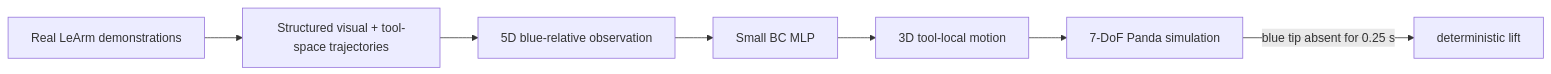
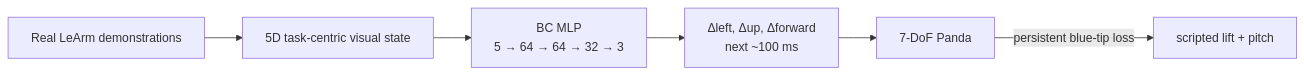
The diagram in README.md (fBlurryface/test-project), drawn with Mermaid before and after one commit. The commit also changed other lines of this file and 27 other files, not shown here.

````diff
--- a/README.md
+++ b/README.md
@@ -45,9 +91,8 @@
 ```mermaid
 flowchart LR
-    A["Real LeArm demonstrations"] --> B["Structured visual + tool-space trajectories"]
-    B --> C["5D blue-relative observation"]
-    C --> D["Small BC MLP"]
-    D --> E["3D tool-local motion"]
-    E --> F["7-DoF Panda simulation"]
-    F -->|"blue tip absent for 0.25 s"| G["deterministic lift"]
+    A["Real LeArm demonstrations"] --> B["5D task-centric visual state"]
+    B --> C["BC MLP\n5 → 64 → 64 → 32 → 3"]
+    C --> D["Δleft, Δup, Δforward\nnext ~100 ms"]
+    D --> E["7-DoF Panda"]
+    E -->|"persistent blue-tip loss"| F["scripted lift + pitch"]
 ```
````
